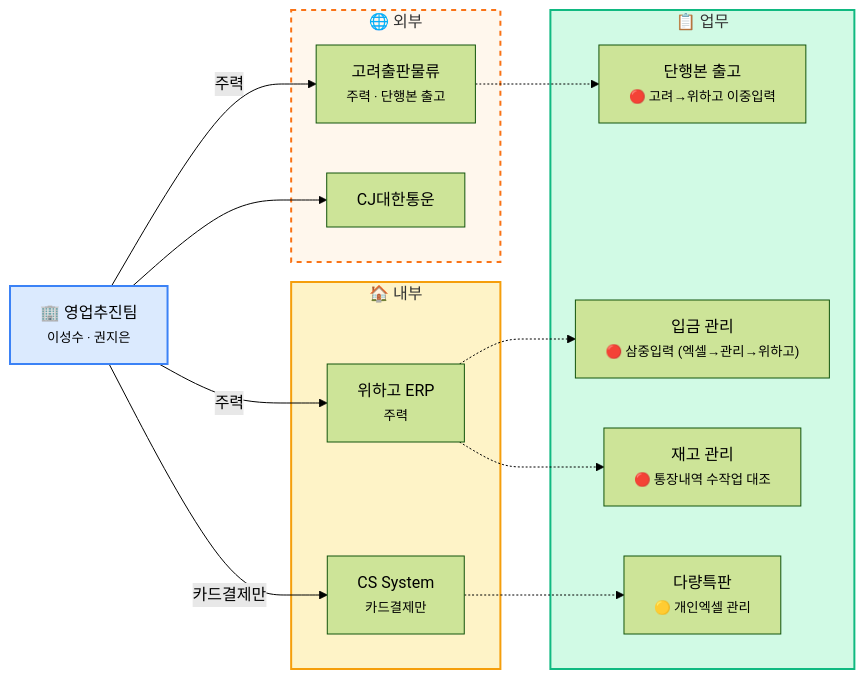
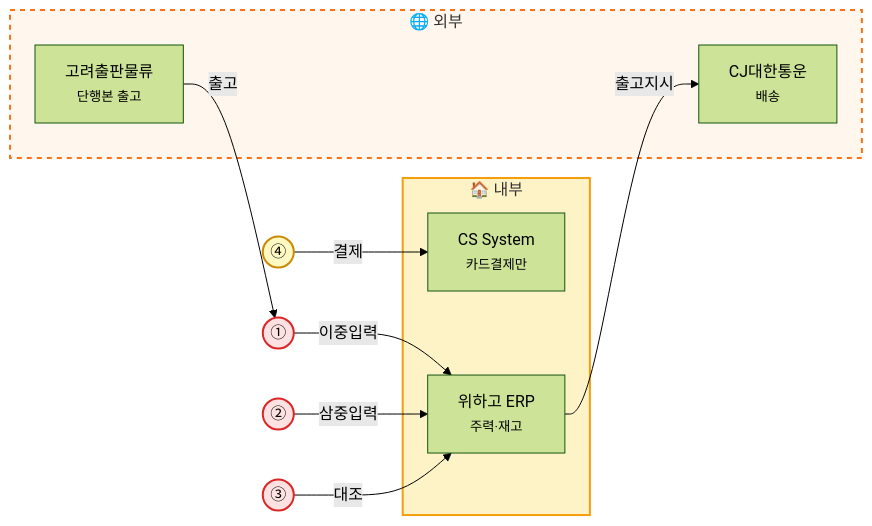
One commit to sknkwoxs/manual-book changed the third of 8 diagrams in src/content/docs/goodthinking-isp/02-analysis/entity-map.md. Above: the diagram before and after it, drawn with Mermaid (forest theme). The commit also changed other lines of this file and 60 other files, not shown here.

````diff
--- a/src/content/docs/goodthinking-isp/02-analysis/entity-map.md
+++ b/src/content/docs/goodthinking-isp/02-analysis/entity-map.md
@@ -155,34 +168,31 @@
 ```mermaid
 flowchart LR
-    SALES["🏢 영업추진팀<br/><small>이성수 · 권지은</small>"]
-
     subgraph SYS_INT["🏠 내부"]
         CS["CS System<br/><small>카드결제만</small>"]
-        ERP["위하고 ERP<br/><small>주력</small>"]
+        ERP["위하고 ERP<br/><small>주력·재고</small>"]
     end
     subgraph SYS_EXT["🌐 외부"]
-        KORYO["고려출판물류<br/><small>주력 · 단행본 출고</small>"]
-        CJ["CJ대한통운"]
+        KORYO["고려출판물류<br/><small>단행본 출고</small>"]
+        CJ["CJ대한통운<br/><small>배송</small>"]
     end
 
-    subgraph PROC["📋 업무"]
-        P1["단행본 출고<br/><small>🔴 고려→위하고 이중입력</small>"]
-        P2["입금 관리<br/><small>🔴 삼중입력 (엑셀→관리→위하고)</small>"]
-        P3["재고 관리<br/><small>🔴 통장내역 수작업 대조</small>"]
-        P4["다량특판<br/><small>🟡 개인엑셀 관리</small>"]
-    end
+    P1(("①"))
+    P2(("②"))
+    P3(("③"))
+    P4(("④"))
 
-    SALES -->|"카드결제만"| CS
-    SALES -->|"주력"| KORYO
-    SALES -->|"주력"| ERP
-    SALES --> CJ
-    KORYO -.-> P1
-    ERP -.-> P2
-    ERP -.-> P3
-    CS -.-> P4
+    %% 업무 → 시스템
+    KORYO -->|"출고"| P1
+    P1 -->|"이중입력"| ERP
+    P2 -->|"삼중입력"| ERP
+    P3 -->|"대조"| ERP
+    P4 -->|"결제"| CS
+    ERP -->|"출고지시"| CJ
 
     style SYS_INT fill:#fef3c7,stroke:#f59e0b,stroke-width:2px
     style SYS_EXT fill:#fff7ed,stroke:#f97316,stroke-width:2px,stroke-dasharray: 5 5
-    style PROC fill:#d1fae5,stroke:#10b981,stroke-width:2px
-    style SALES fill:#dbeafe,stroke:#3b82f6,stroke-width:2px
+    style P1 fill:#fee2e2,stroke:#dc2626,stroke-width:2px
+    style P2 fill:#fee2e2,stroke:#dc2626,stroke-width:2px
+    style P3 fill:#fee2e2,stroke:#dc2626,stroke-width:2px
+    style P4 fill:#fef9c3,stroke:#ca8a04,stroke-width:2px
 ```
````
